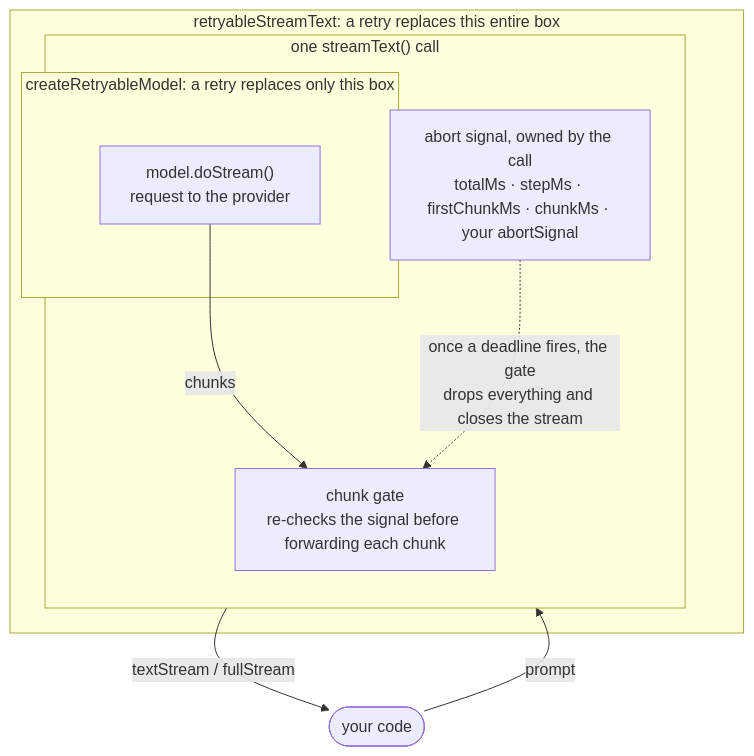
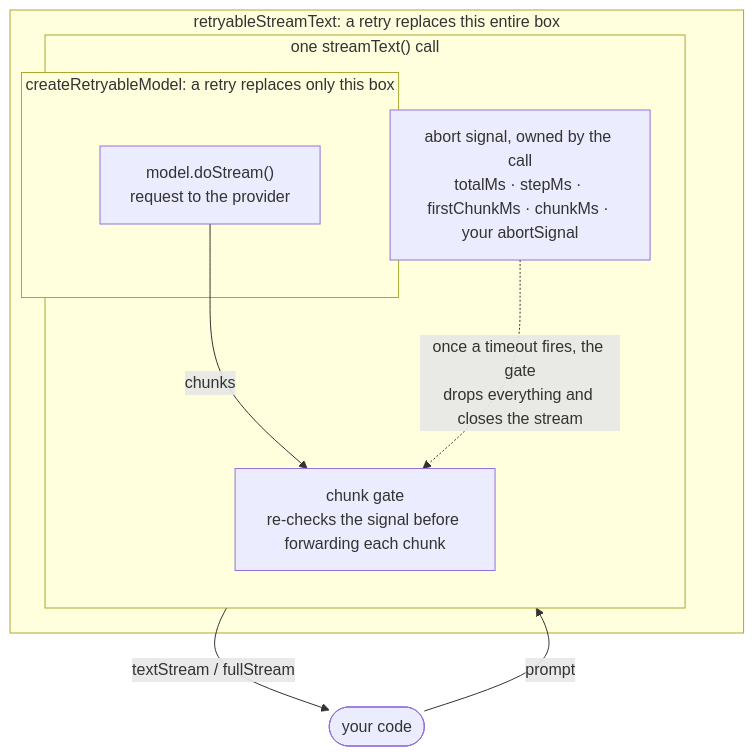
The first of 2 diagrams in docs/timeouts.md (zirkelc/ai-retry), drawn with Mermaid before and after one commit. The commit also changed other lines of this file and 3 other files, not shown here.

First line of the commit message:
docs: use timeout instead of deadline, update badges and features

````diff
--- a/docs/timeouts.md
+++ b/docs/timeouts.md
@@ -52,24 +52,24 @@
 ```mermaid
 flowchart TB
   you(["your code"])
 
   subgraph outer["retryableStreamText: a retry replaces this entire box"]
     subgraph call["one streamText() call"]
       direction TB
       sig["abort signal, owned by the call
 totalMs · stepMs · firstChunkMs · chunkMs · your abortSignal"]
       subgraph inner["createRetryableModel: a retry replaces only this box"]
         ds["model.doStream()
 request to the provider"]
       end
       gate["chunk gate
 re-checks the signal before forwarding each chunk"]
     end
   end
 
   you -- "prompt" --> ds
   ds -- "chunks" --> gate
-  sig -. "once a deadline fires, the gate
+  sig -. "once a timeout fires, the gate
 drops everything and closes the stream" .-> gate
   gate -- "textStream / fullStream" --> you
 ```
````
